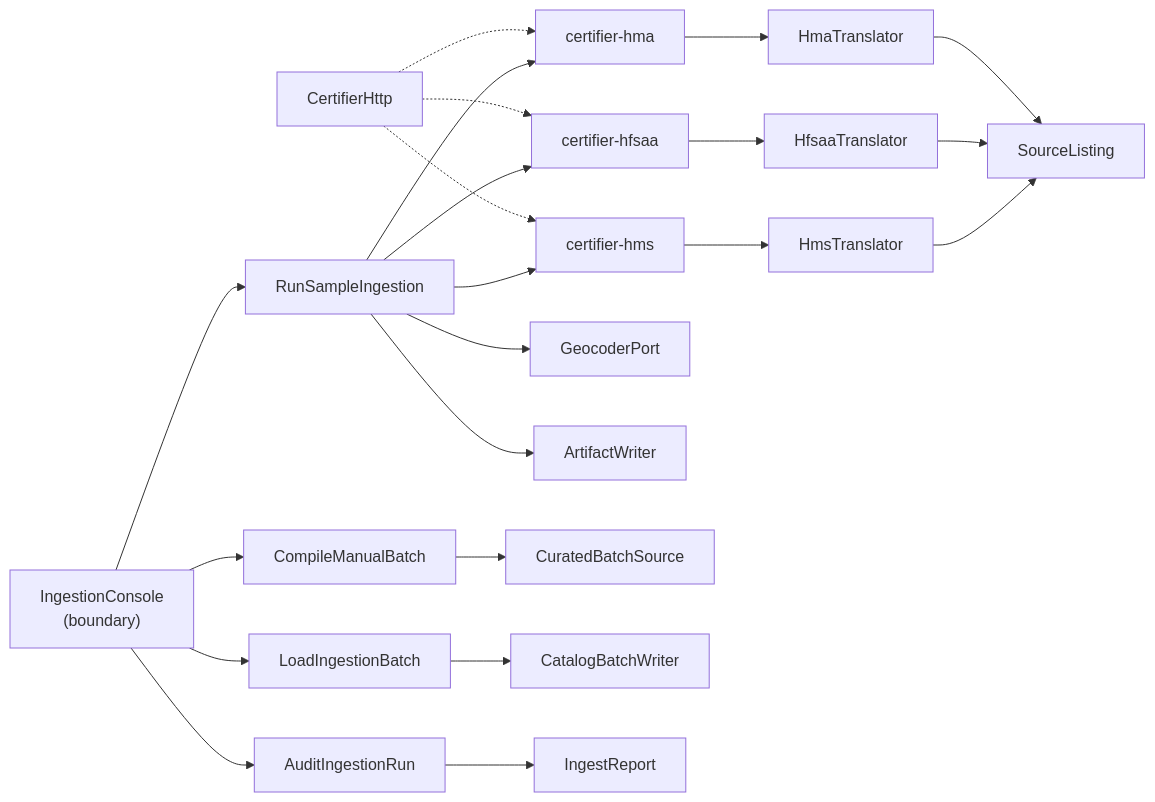
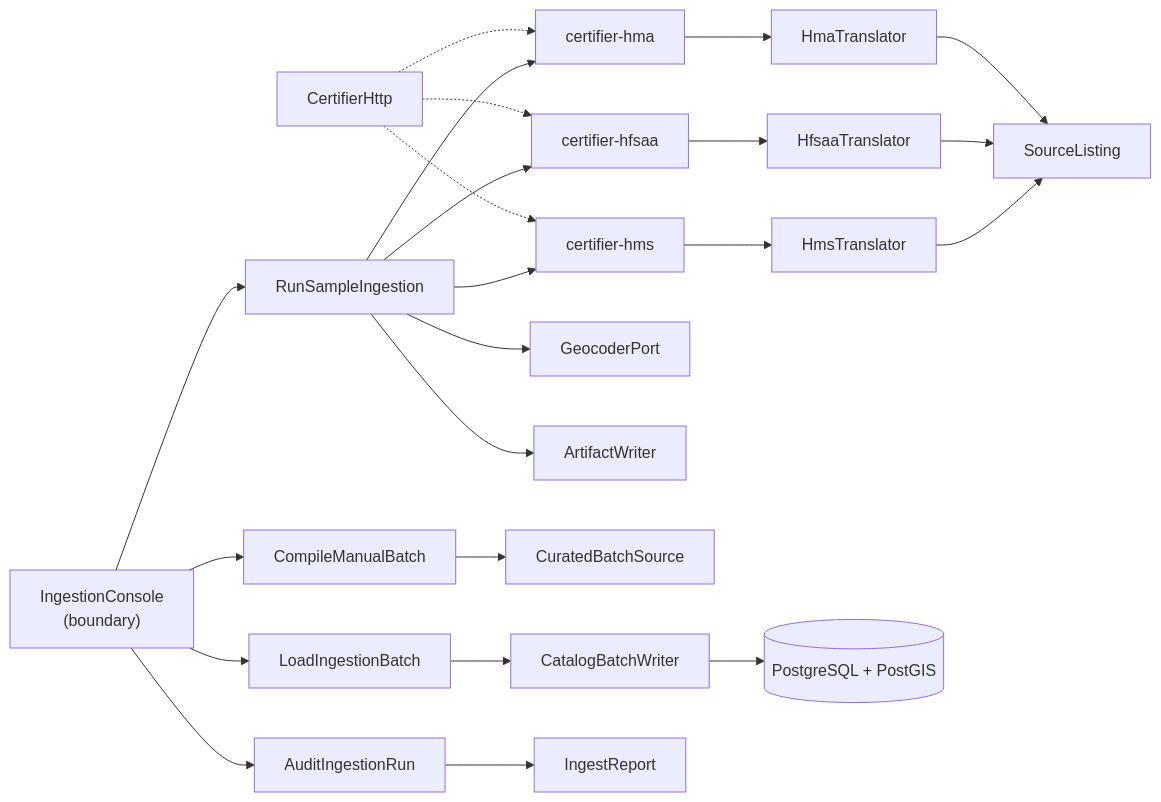
One commit to Losers-Lab/tahirs-list changed the first of 3 diagrams in docs/features/SC-211/05-class-diagram-system.md. Above: the diagram before and after it, drawn with Mermaid. The commit also changed other lines of this file and 10 other files, not shown here.

Commit message:
[SC-211] Apply diagram actor and data-store conventions

````diff
--- a/docs/features/SC-211/05-class-diagram-system.md
+++ b/docs/features/SC-211/05-class-diagram-system.md
@@ -7,24 +7,25 @@
 ```mermaid
 flowchart LR
   B["IngestionConsole<br/>(boundary)"] --> C1[RunSampleIngestion]
   B --> C2[CompileManualBatch]
   B --> C3[LoadIngestionBatch]
   B --> C4[AuditIngestionRun]
   C1 --> L1[certifier-hms]
   C1 --> L2[certifier-hfsaa]
   C1 --> L3[certifier-hma]
   L1 --> T1[HmsTranslator]
   L2 --> T2[HfsaaTranslator]
   L3 --> T3[HmaTranslator]
   T1 --> SL[SourceListing]
   T2 --> SL
   T3 --> SL
   C1 --> P2[GeocoderPort]
   C1 --> P3[ArtifactWriter]
   C2 --> P4[CuratedBatchSource]
   C3 --> P5[CatalogBatchWriter]
+  P5 --> DB[("PostgreSQL + PostGIS")]
   C4 --> R[IngestReport]
   CORE[CertifierHttp] -.-> L1
   CORE -.-> L2
   CORE -.-> L3
 ```
````
